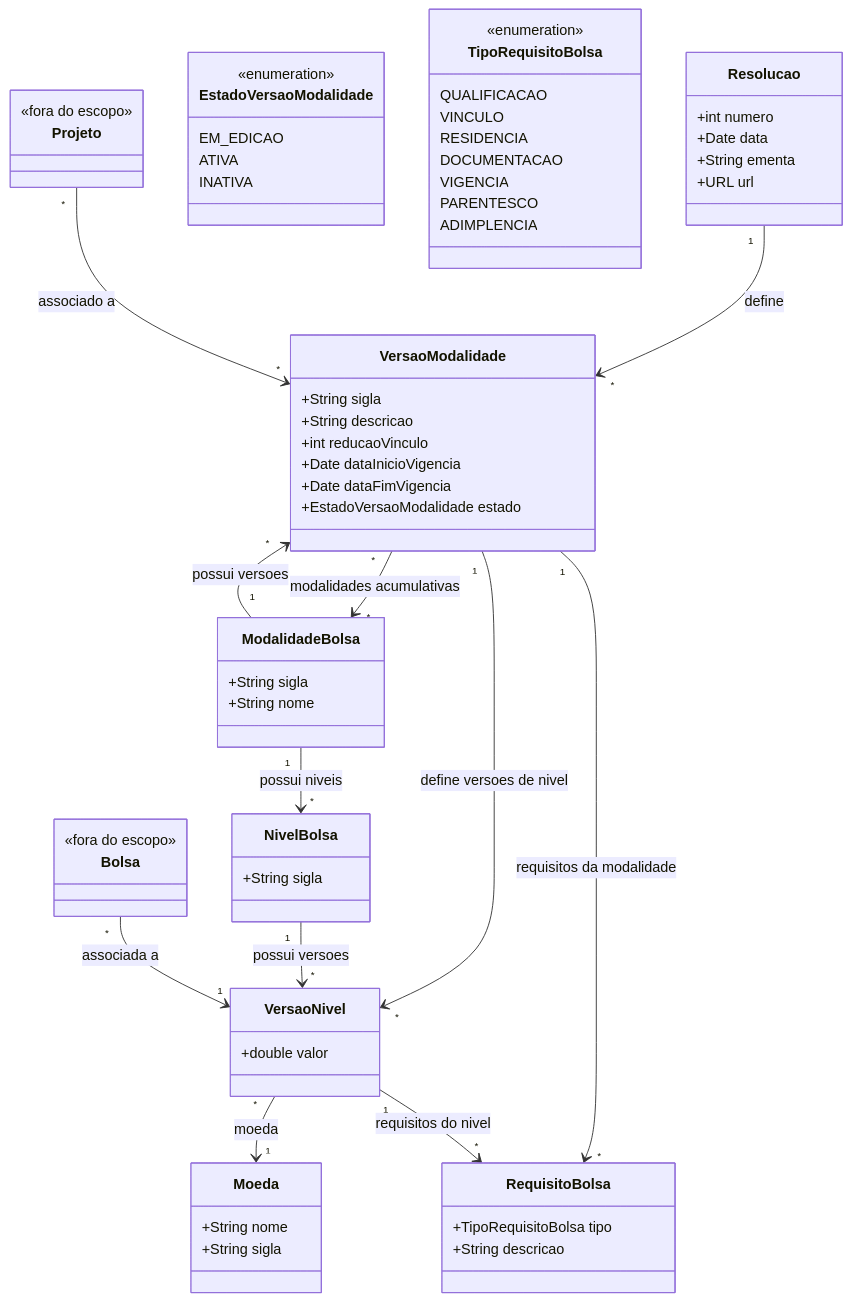
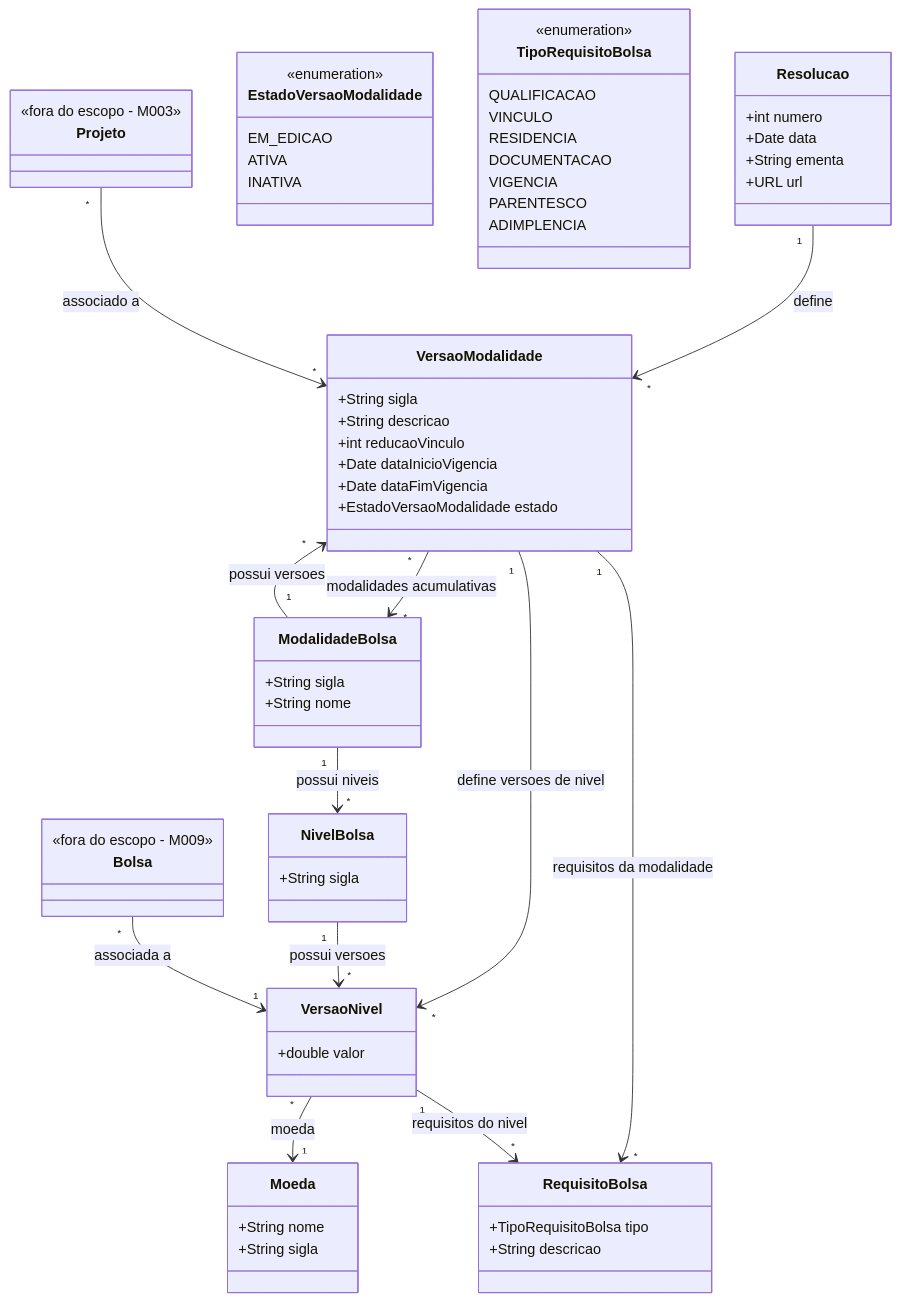
The diagram in docs/implementation/modules/M001-modalidade-bolsa/modelo-estrutural.md (Czzped/conecta-fapes-teste), drawn with Mermaid before and after one commit. The commit also changed 111 other files, not shown here.

````diff
--- a/docs/implementation/modules/M001-modalidade-bolsa/modelo-estrutural.md
+++ b/docs/implementation/modules/M001-modalidade-bolsa/modelo-estrutural.md
@@ -7,81 +7,81 @@
 ```mermaid
 classDiagram
     direction TB
 
     class Resolucao {
         +int numero
         +Date data
         +String ementa
         +URL url
     }
 
     class ModalidadeBolsa {
         +String sigla
         +String nome
     }
 
     class VersaoModalidade {
         +String sigla
         +String descricao
         +int reducaoVinculo
         +Date dataInicioVigencia
         +Date dataFimVigencia
         +EstadoVersaoModalidade estado
     }
 
     class NivelBolsa {
         +String sigla
     }
 
     class VersaoNivel {
         +double valor
     }
 
     class Moeda {
         +String nome
         +String sigla
     }
 
     class RequisitoBolsa {
         +TipoRequisitoBolsa tipo
         +String descricao
     }
 
     class EstadoVersaoModalidade {
         <<enumeration>>
         EM_EDICAO
         ATIVA
         INATIVA
     }
 
     class TipoRequisitoBolsa {
         <<enumeration>>
         QUALIFICACAO
         VINCULO
         RESIDENCIA
         DOCUMENTACAO
         VIGENCIA
         PARENTESCO
         ADIMPLENCIA
     }
 
     class Projeto {
-        <<fora do escopo>>
+        <<fora do escopo - M003>>
     }
 
     class Bolsa {
-        <<fora do escopo>>
+        <<fora do escopo - M009>>
     }
 
     Resolucao "1" --> "*" VersaoModalidade : define
     ModalidadeBolsa "1" --> "*" VersaoModalidade : possui versoes
     ModalidadeBolsa "1" --> "*" NivelBolsa : possui niveis
     VersaoModalidade "*" --> "*" ModalidadeBolsa : modalidades acumulativas
     VersaoModalidade "1" --> "*" VersaoNivel : define versoes de nivel
     VersaoModalidade "1" --> "*" RequisitoBolsa : requisitos da modalidade
     NivelBolsa "1" --> "*" VersaoNivel : possui versoes
     VersaoNivel "*" --> "1" Moeda : moeda
     VersaoNivel "1" --> "*" RequisitoBolsa : requisitos do nivel
     Projeto "*" --> "*" VersaoModalidade : associado a
     Bolsa "*" --> "1" VersaoNivel : associada a
 ```
````
